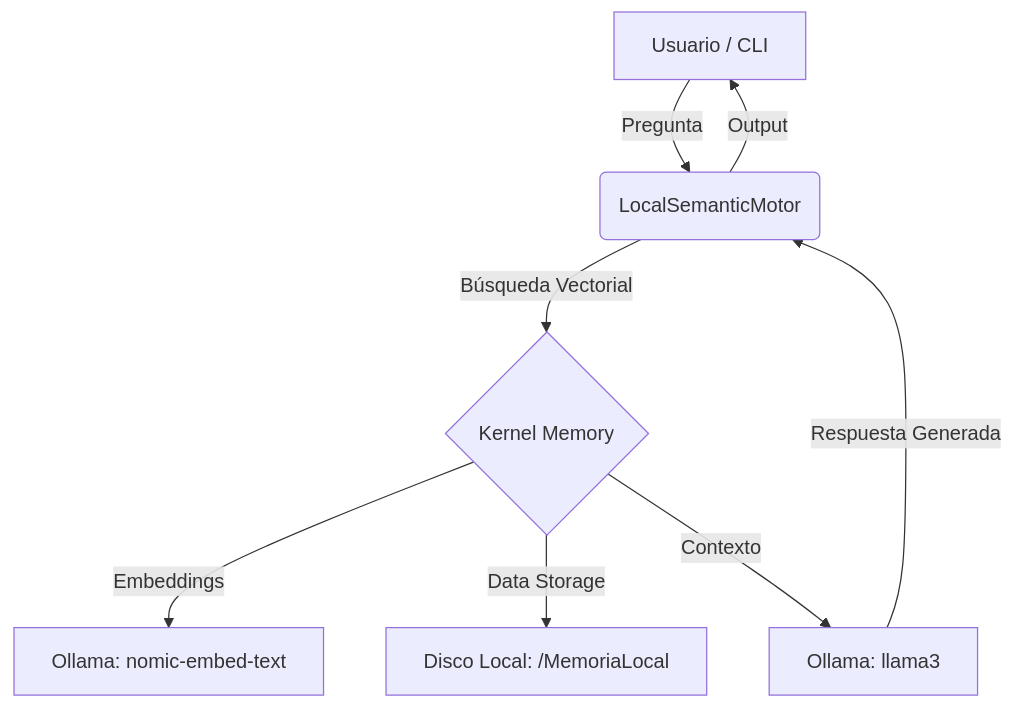
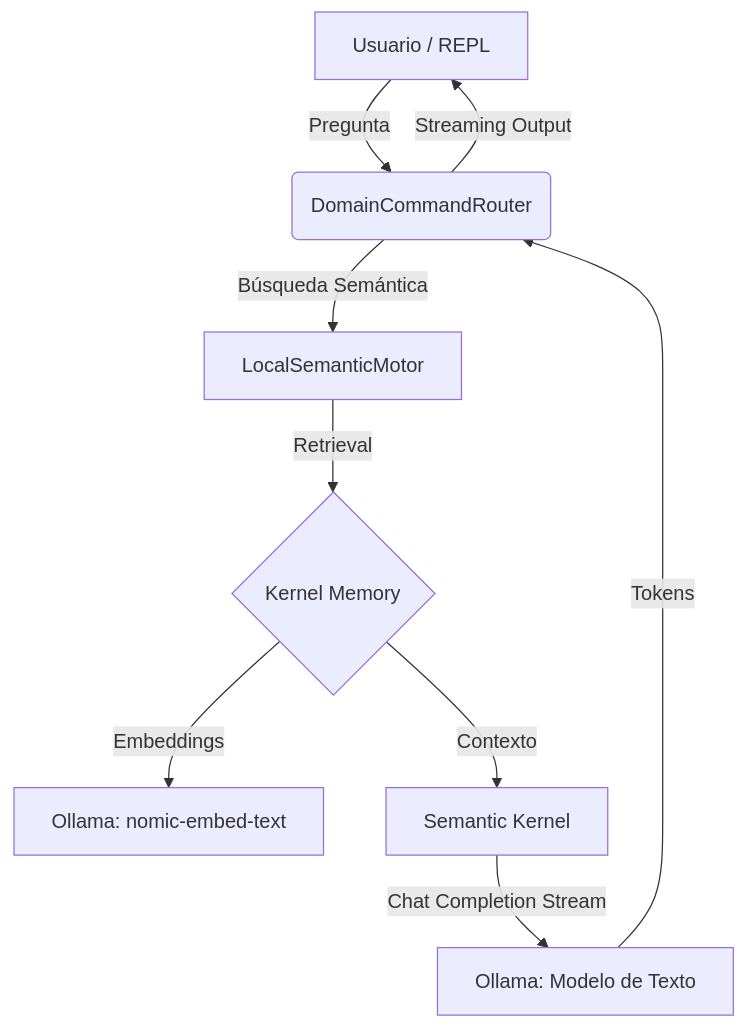
One commit to Valen23/advanced-semantic-search-cli changed the diagram in README.md. Above: the diagram before and after it, drawn with Mermaid. The commit also changed other lines of this file, not shown here.

````diff
--- a/README.md
+++ b/README.md
@@ -11,10 +24,11 @@
 ```mermaid
 graph TD
-    A[Usuario / CLI] -->|Pregunta| B(LocalSemanticMotor)
-    B -->|Búsqueda Vectorial| C{Kernel Memory}
-    C -->|Embeddings| D[Ollama: nomic-embed-text]
-    C -->|Data Storage| E[Disco Local: /MemoriaLocal]
-    C -->|Contexto| F[Ollama: llama3]
-    F -->|Respuesta Generada| B
-    B -->|Output| A
+    A[Usuario / REPL] -->|Pregunta| B(DomainCommandRouter)
+    B -->|Búsqueda Semántica| C[LocalSemanticMotor]
+    C -->|Retrieval| D{Kernel Memory}
+    D -->|Embeddings| E[Ollama: nomic-embed-text]
+    D -->|Contexto| F[Semantic Kernel]
+    F -->|Chat Completion Stream| G[Ollama: Modelo de Texto]
+    G -->|Tokens| B
+    B -->|Streaming Output| A
 ```
````
